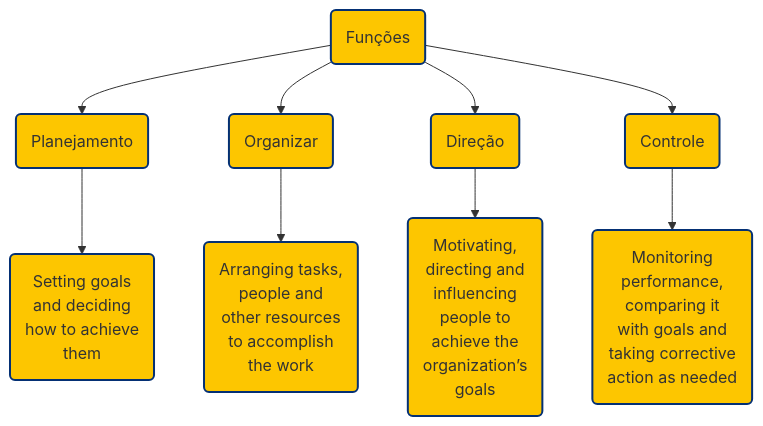
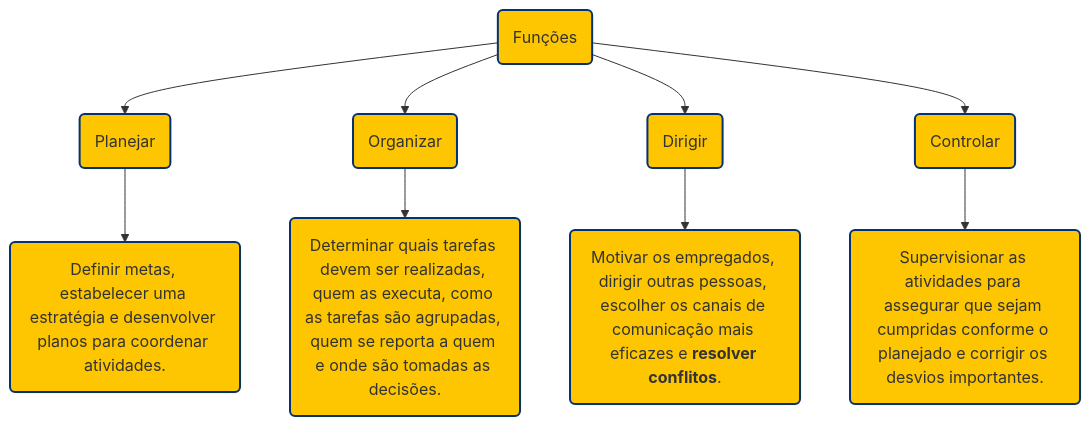
Before and after one commit to luifrancgom/ifpe-umng: the first of 3 diagrams in conflito_e_negociacao.qmd, drawn with Mermaid. The commit also changed other lines of this file and 2 other files, not shown here.

Commit message:
adding mermeaid diagrams

````diff
--- a/conflito_e_negociacao.qmd
+++ b/conflito_e_negociacao.qmd
@@ -40,32 +40,14 @@
 ```{mermaid}
 %%| label: fig-management-functions
 %%| fig-cap: Funções dos administradores [@robbins_organizational_2024, p. 40]
 %%| fig-height: 5
 
 flowchart TB
-    A("`Funções`")  --> A1("`Planejamento`") --> A11("`Setting goals 
-    and deciding 
-    how to achieve 
-    them`")
-    A --> A2("`Organizar`") --> A21("`Arranging tasks, 
-    people and 
-    other resources 
-    to accomplish 
-    the work`")
-    A --> A3("`Direção`") --> A31("`Motivating, 
-    directing and 
-    influencing 
-    people to 
-    achieve the 
-    organization’s
-    goals`")
-    A --> A4("`Controle`") --> A41("`Monitoring 
-    performance, 
-    comparing it 
-    with goals and 
-    taking corrective 
-    action as needed`")
+    A("`Funções`")  --> A1("`Planejar`") --> A11("`Definir metas, estabelecer uma estratégia e desenvolver planos para coordenar atividades.`")
+    A --> A2("`Organizar`") --> A21("`Determinar quais tarefas devem ser realizadas, quem as executa, como as tarefas são agrupadas, quem se reporta a quem e onde são tomadas as decisões.`")
+    A --> A3("`Dirigir`") --> A31("`Motivar os empregados, dirigir outras pessoas, escolher os canais de comunicação mais eficazes e **resolver conflitos**.`")
+    A --> A4("`Controlar`") --> A41("`Supervisionar as atividades para assegurar que sejam cumpridas conforme o planejado e corrigir os desvios importantes.`")
 
     classDef UmngNode fill:#fdc600,stroke:#043074,stroke-width:2px;
     class A,A1,A11,A2,A21,A3,A31,A4,A41 UmngNode;
 ```
````
